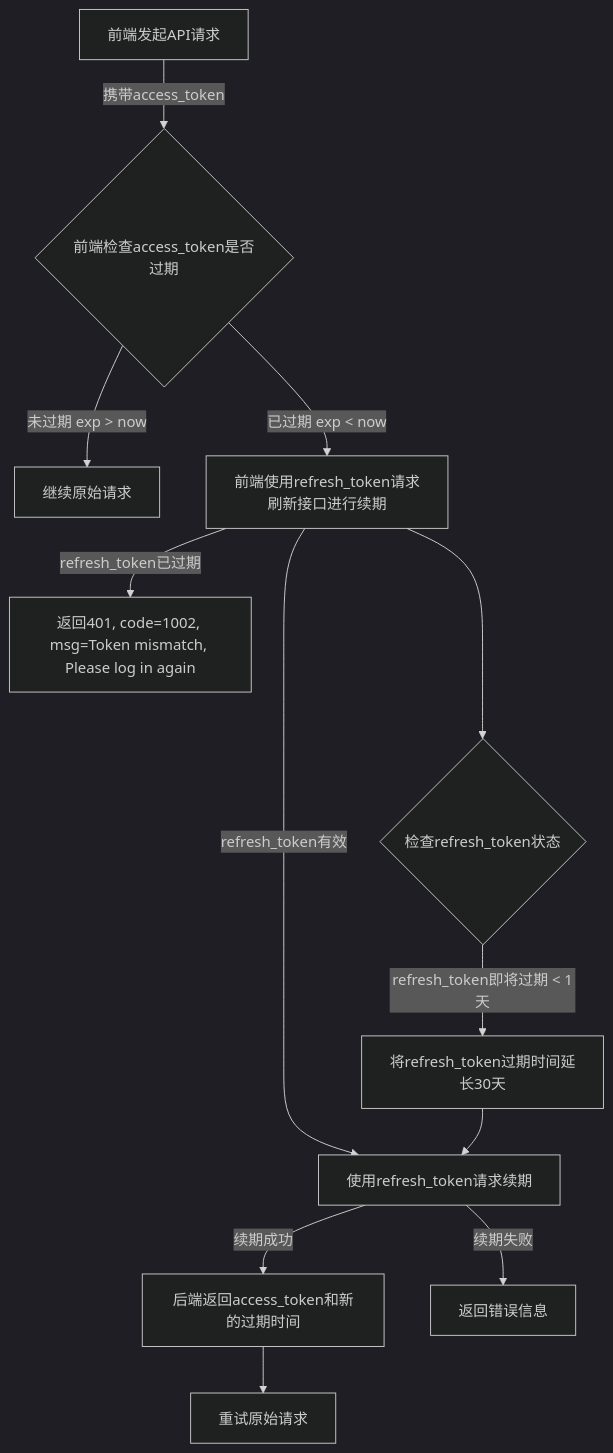
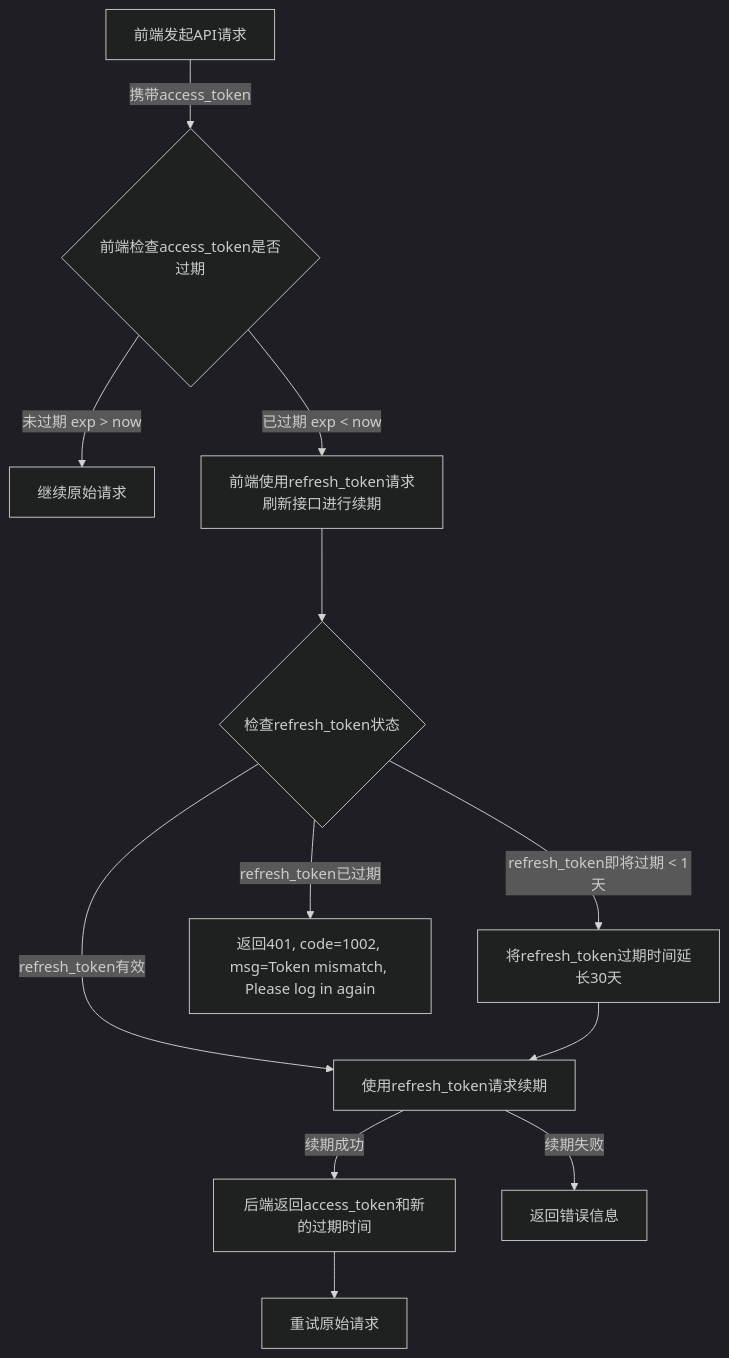
One commit to yingjianzh/iodraw-files changed the diagram in all/openAPI-17.md. Above: the diagram before and after it, drawn with Mermaid (dark theme).

Commit message:
2025-01-08 18:14:23 update

````diff
--- a/all/openAPI-17.md
+++ b/all/openAPI-17.md
@@ -1,15 +1,15 @@
 ```mermaid
 flowchart TD
     A[前端发起API请求] -->|携带access_token| B{前端检查access_token是否过期}
     B -->|未过期 exp > now| C[继续原始请求]
     B -->|已过期 exp < now| D[前端使用refresh_token请求刷新接口进行续期]
     D ---> L{检查refresh_token状态}
     L -->|refresh_token即将过期 < 1天| E[将refresh_token过期时间延长30天]
-    D -->|refresh_token已过期| F[返回401, code=1002, msg=Token mismatch, Please log in again]
-    D -->|refresh_token有效| G[使用refresh_token请求续期]
+    L -->|refresh_token已过期| F[返回401, code=1002, msg=Token mismatch, Please log in again]
+    L -->|refresh_token有效| G[使用refresh_token请求续期]
     G -->|续期成功| H[后端返回access_token和新的过期时间]
     G -->|续期失败| I[返回错误信息]
     H --> J[重试原始请求]
     E --> G
 
 ```
````
